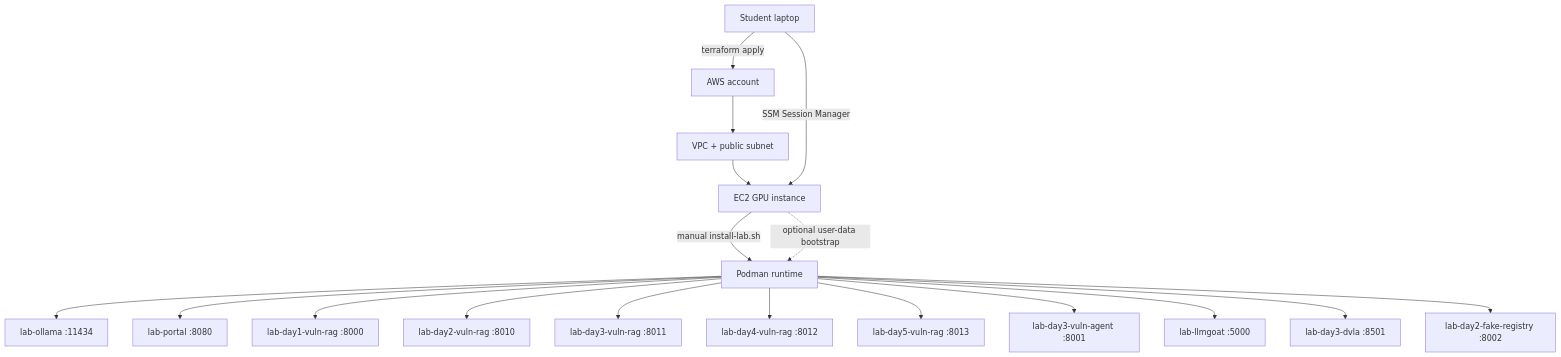
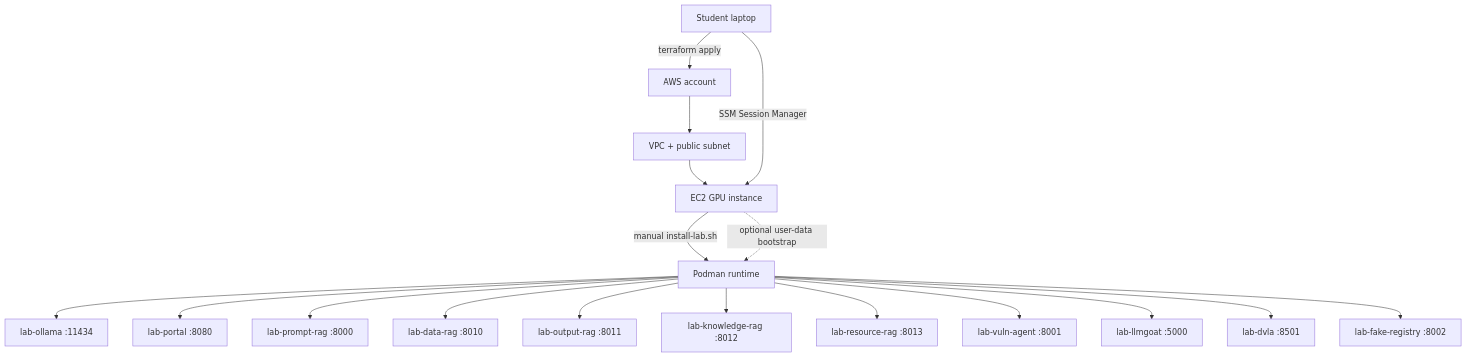
Before and after one commit to gasbugs/ai-security-automation-governance: the first of 3 diagrams in projects/owasp-top10/docs/ARCHITECTURE.md, drawn with Mermaid. The commit also changed other lines of this file and 11 other files, not shown here.

````diff
--- a/projects/owasp-top10/docs/ARCHITECTURE.md
+++ b/projects/owasp-top10/docs/ARCHITECTURE.md
@@ -5,20 +5,20 @@
 ```mermaid
 flowchart TD
   A["Student laptop"] -->|"terraform apply"| B["AWS account"]
   B --> C["VPC + public subnet"]
   C --> D["EC2 GPU instance"]
   A -->|"SSM Session Manager"| D
   D -->|"manual install-lab.sh"| E["Podman runtime"]
   D -. "optional user-data bootstrap" .-> E
   E --> F["lab-ollama :11434"]
   E --> P["lab-portal :8080"]
-  E --> G1["lab-day1-vuln-rag :8000"]
-  E --> G2["lab-day2-vuln-rag :8010"]
-  E --> G3["lab-day3-vuln-rag :8011"]
-  E --> G4["lab-day4-vuln-rag :8012"]
-  E --> G5["lab-day5-vuln-rag :8013"]
-  E --> H["lab-day3-vuln-agent :8001"]
+  E --> G1["lab-prompt-rag :8000"]
+  E --> G2["lab-data-rag :8010"]
+  E --> G3["lab-output-rag :8011"]
+  E --> G4["lab-knowledge-rag :8012"]
+  E --> G5["lab-resource-rag :8013"]
+  E --> H["lab-vuln-agent :8001"]
   E --> I["lab-llmgoat :5000"]
-  E --> J["lab-day3-dvla :8501"]
-  E --> K["lab-day2-fake-registry :8002"]
+  E --> J["lab-dvla :8501"]
+  E --> K["lab-fake-registry :8002"]
 ```
````
